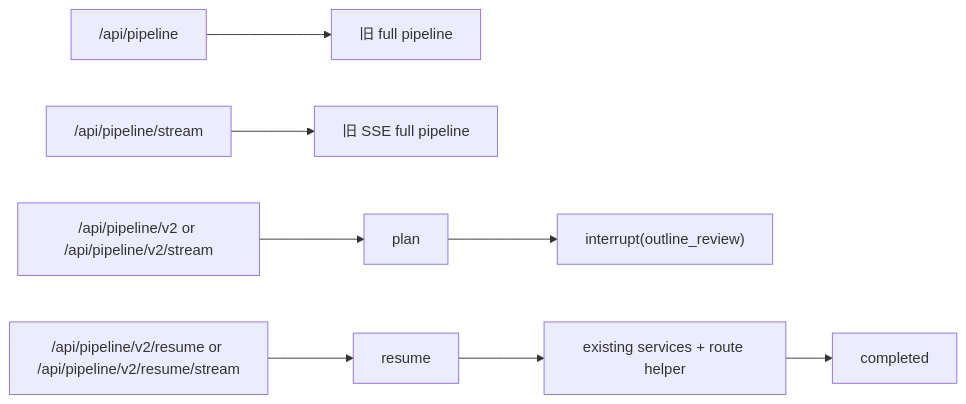
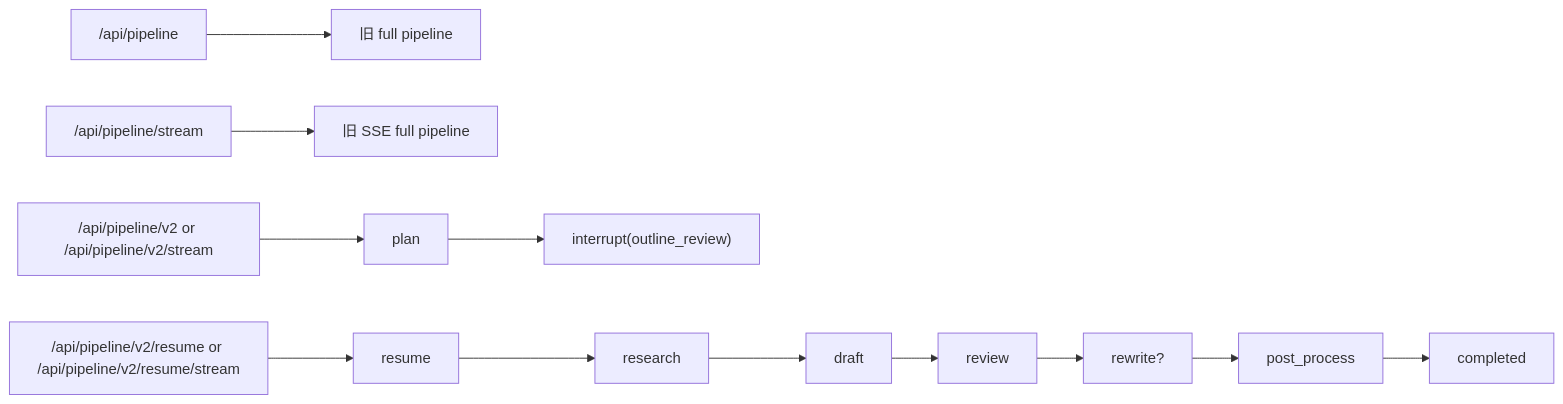
The diagram in README.md (daydreamer17/Intelligent-writing-assistant), drawn with Mermaid before and after one commit. The commit also changed other lines of this file and 19 other files, not shown here.

````diff
--- a/README.md
+++ b/README.md
@@ -114,11 +125,15 @@
 ```mermaid
 flowchart LR
     A["/api/pipeline"] --> B["旧 full pipeline"]
     C["/api/pipeline/stream"] --> D["旧 SSE full pipeline"]
 
     E["/api/pipeline/v2 or /api/pipeline/v2/stream"] --> F["plan"]
     F --> G["interrupt(outline_review)"]
     H["/api/pipeline/v2/resume or /api/pipeline/v2/resume/stream"] --> I["resume"]
-    I --> J["existing services + route helper"]
-    J --> K["completed"]
+    I --> J["research"]
+    J --> K["draft"]
+    K --> L["review"]
+    L --> M["rewrite?"]
+    M --> N["post_process"]
+    N --> O["completed"]
 ```
````
